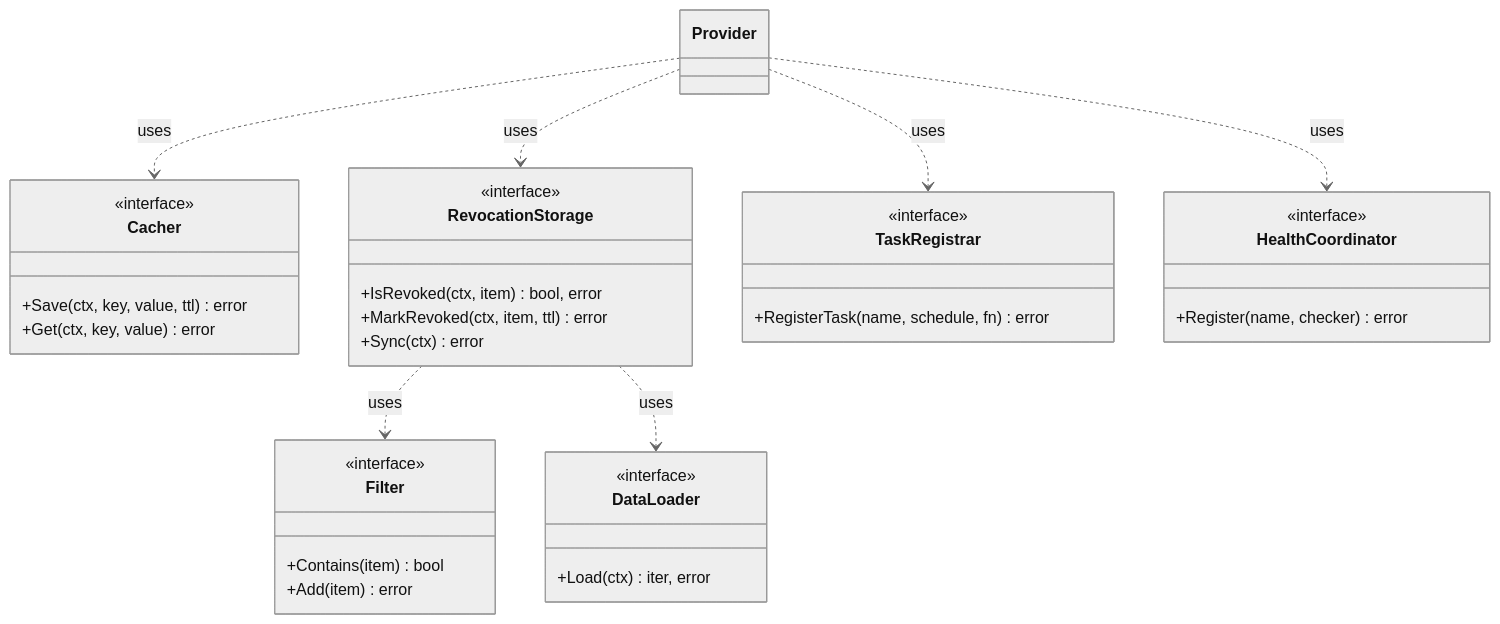
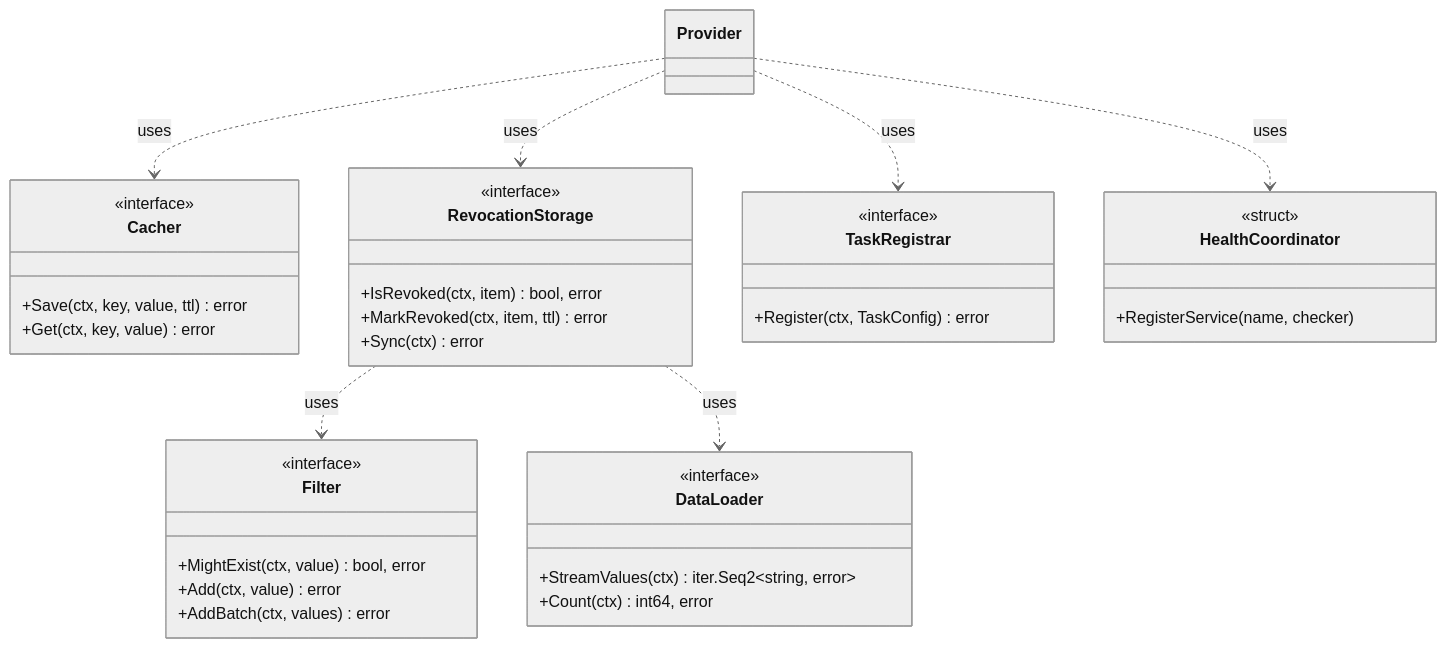
One commit to altessa-s/go-atlas changed the third of 3 diagrams in docs/auth/oidc.md. Above: the diagram before and after it, drawn with Mermaid (neutral theme). The commit also changed other lines of this file and 38 other files, not shown here.

````diff
--- a/docs/auth/oidc.md
+++ b/docs/auth/oidc.md
@@ -183,43 +183,45 @@
 ```mermaid
 classDiagram
     class Cacher {
         <<interface>>
         +Save(ctx, key, value, ttl) error
         +Get(ctx, key, value) error
     }
 
     class RevocationStorage {
         <<interface>>
         +IsRevoked(ctx, item) bool, error
         +MarkRevoked(ctx, item, ttl) error
         +Sync(ctx) error
     }
 
     class TaskRegistrar {
         <<interface>>
-        +RegisterTask(name, schedule, fn) error
+        +Register(ctx, TaskConfig) error
     }
 
     class HealthCoordinator {
-        <<interface>>
-        +Register(name, checker) error
+        <<struct>>
+        +RegisterService(name, checker)
     }
 
     class Filter {
         <<interface>>
-        +Contains(item) bool
-        +Add(item) error
+        +MightExist(ctx, value) bool, error
+        +Add(ctx, value) error
+        +AddBatch(ctx, values) error
     }
 
     class DataLoader {
         <<interface>>
-        +Load(ctx) iter, error
+        +StreamValues(ctx) iter.Seq2~string, error~
+        +Count(ctx) int64, error
     }
 
     Provider ..> Cacher : uses
     Provider ..> RevocationStorage : uses
     Provider ..> TaskRegistrar : uses
     Provider ..> HealthCoordinator : uses
     RevocationStorage ..> Filter : uses
     RevocationStorage ..> DataLoader : uses
 ```
````
